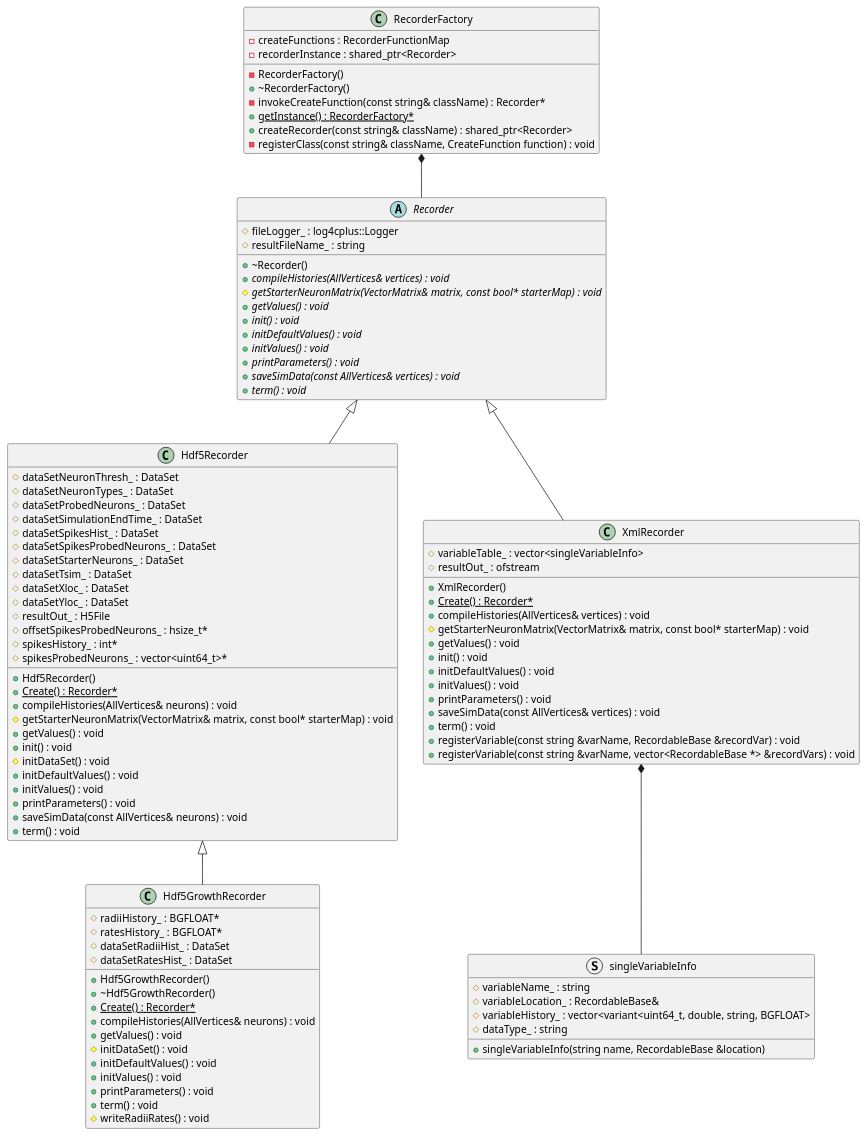
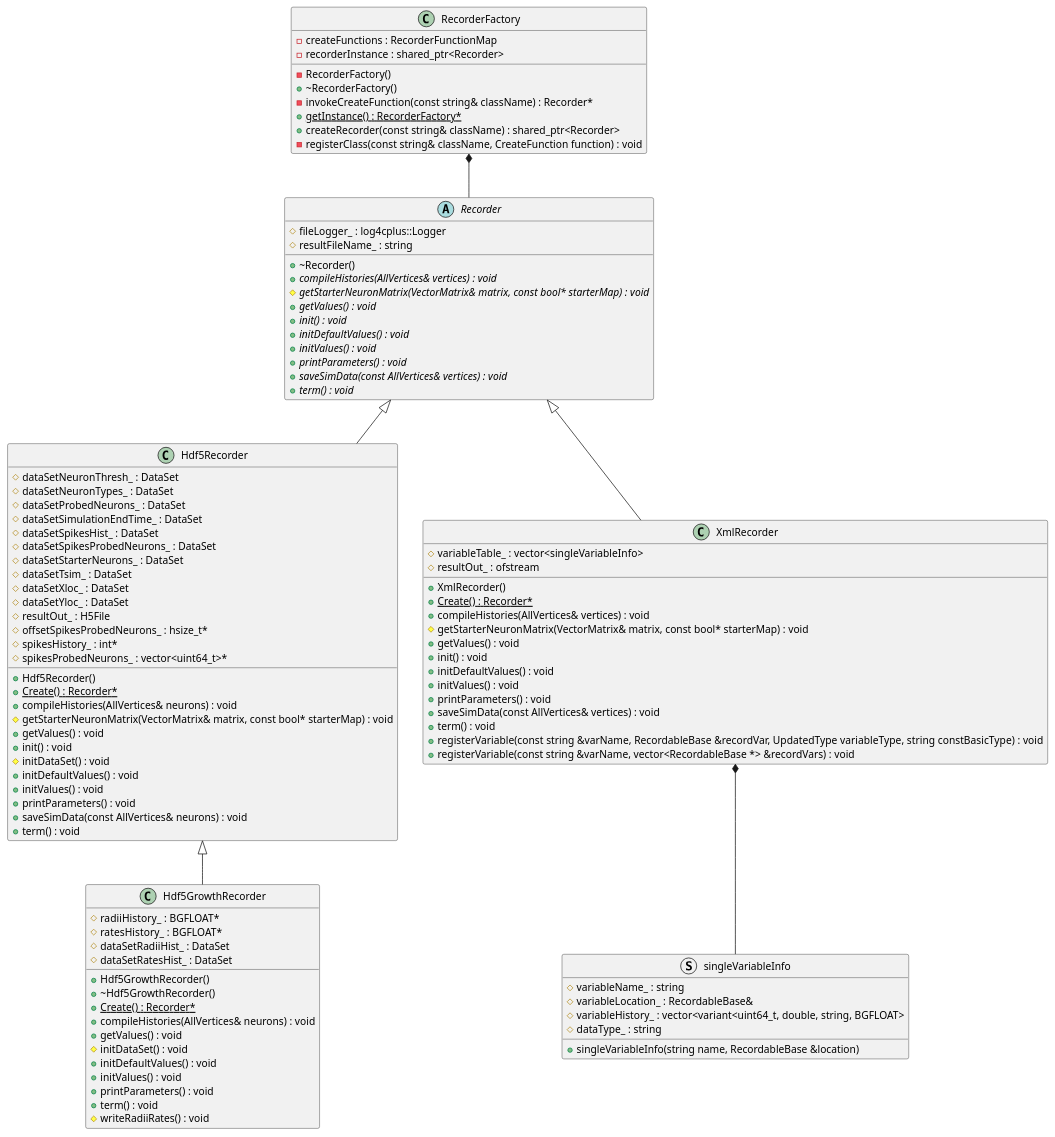
One commit to UWB-Biocomputing/Graphitti changed the diagram in docs/Developer/ClassDiagrams/recorder.puml. Above: the diagram before and after it, drawn with PlantUML. The commit also changed 22 other files, not shown here.

Commit message:
added RecordableVector and RecordableBase as the base class of Matrix for recording variables- vector radii and VectorMatrix locations

```diff
--- a/docs/Developer/ClassDiagrams/recorder.puml
+++ b/docs/Developer/ClassDiagrams/recorder.puml
@@ -1,147 +1,147 @@
 @startuml RecorderClassDiagram
 
 
 
 
 
 /' Objects '/
 
 class Hdf5GrowthRecorder {
 	+Hdf5GrowthRecorder()
 	+~Hdf5GrowthRecorder()
 	#radiiHistory_ : BGFLOAT*
 	#ratesHistory_ : BGFLOAT*
 	#dataSetRadiiHist_ : DataSet
 	#dataSetRatesHist_ : DataSet
 	+{static} Create() : Recorder*
 	+compileHistories(AllVertices& neurons) : void
 	+getValues() : void
 	#initDataSet() : void
 	+initDefaultValues() : void
 	+initValues() : void
 	+printParameters() : void
 	+term() : void
 	#writeRadiiRates() : void
 }
 
 
 class Hdf5Recorder {
 	+Hdf5Recorder()
 	#dataSetNeuronThresh_ : DataSet
 	#dataSetNeuronTypes_ : DataSet
 	#dataSetProbedNeurons_ : DataSet
 	#dataSetSimulationEndTime_ : DataSet
 	#dataSetSpikesHist_ : DataSet
 	#dataSetSpikesProbedNeurons_ : DataSet
 	#dataSetStarterNeurons_ : DataSet
 	#dataSetTsim_ : DataSet
 	#dataSetXloc_ : DataSet
 	#dataSetYloc_ : DataSet
 	#resultOut_ : H5File
 	+{static} Create() : Recorder*
 	#offsetSpikesProbedNeurons_ : hsize_t*
 	#spikesHistory_ : int*
 	#spikesProbedNeurons_ : vector<uint64_t>*
 	+compileHistories(AllVertices& neurons) : void
 	#getStarterNeuronMatrix(VectorMatrix& matrix, const bool* starterMap) : void
 	+getValues() : void
 	+init() : void
 	#initDataSet() : void
 	+initDefaultValues() : void
 	+initValues() : void
 	+printParameters() : void
 	+saveSimData(const AllVertices& neurons) : void
 	+term() : void
 }
 
 
 abstract class Recorder {
 	+~Recorder()
 	#fileLogger_ : log4cplus::Logger
 	#resultFileName_ : string
 	+{abstract} compileHistories(AllVertices& vertices) : void
 	#{abstract} getStarterNeuronMatrix(VectorMatrix& matrix, const bool* starterMap) : void
 	+{abstract} getValues() : void
 	+{abstract} init() : void
 	+{abstract} initDefaultValues() : void
 	+{abstract} initValues() : void
 	+{abstract} printParameters() : void
 	+{abstract} saveSimData(const AllVertices& vertices) : void
 	+{abstract} term() : void
 }
 
 
 class RecorderFactory {
 	-RecorderFactory()
 	+~RecorderFactory()
 	-invokeCreateFunction(const string& className) : Recorder*
 	+{static} getInstance() : RecorderFactory*
 	-createFunctions : RecorderFunctionMap
 	+createRecorder(const string& className) : shared_ptr<Recorder>
 	-recorderInstance : shared_ptr<Recorder>
 	-registerClass(const string& className, CreateFunction function) : void
 }
 
 
 class XmlRecorder {
 	+XmlRecorder()
 	+{static} Create() : Recorder*
 	#variableTable_ : vector<singleVariableInfo>
 	#resultOut_ : ofstream
 	+compileHistories(AllVertices& vertices) : void
 	#getStarterNeuronMatrix(VectorMatrix& matrix, const bool* starterMap) : void
 	+getValues() : void
 	+init() : void
 	+initDefaultValues() : void
 	+initValues() : void
 	+printParameters() : void
 	+saveSimData(const AllVertices& vertices) : void
 	+term() : void
-	+registerVariable(const string &varName, RecordableBase &recordVar) : void
+	+registerVariable(const string &varName, RecordableBase &recordVar, UpdatedType variableType, string constBasicType) : void
 	+registerVariable(const string &varName, vector<RecordableBase *> &recordVars) : void
 	
 	/' methods only used for unit test 
 	+XmlRecorder(string fileName_)
 	+getVariableName(int numIndex) const : const string&
 	+getSingleVariable(int numIndex) const : &RecordableBase
 	+getHistory() const : const &vector<variant<uint64_t, double, string, BGFLOAT>>
 	'/
 }
 
 struct singleVariableInfo {
 	#variableName_ : string
 	#variableLocation_ : RecordableBase&
 	#variableHistory_ : vector<variant<uint64_t, double, string, BGFLOAT>
 	#dataType_ : string
 	+singleVariableInfo(string name, RecordableBase &location)
 }
 
 
 
 /' Inheritance relationships '/
 
 .Hdf5Recorder <|-- .Hdf5GrowthRecorder
 
 
 .Recorder <|-- .Hdf5Recorder
 
 
 .Recorder <|-- .XmlRecorder
 
 
 /' Aggregation relationships '/
 
 .RecorderFactory *-- .Recorder
 
 /' Composition relationships '/
 
 .XmlRecorder *-- .singleVariableInfo
 
 
 
 
 /' Nested objects '/
 
 
 
 @enduml
```
